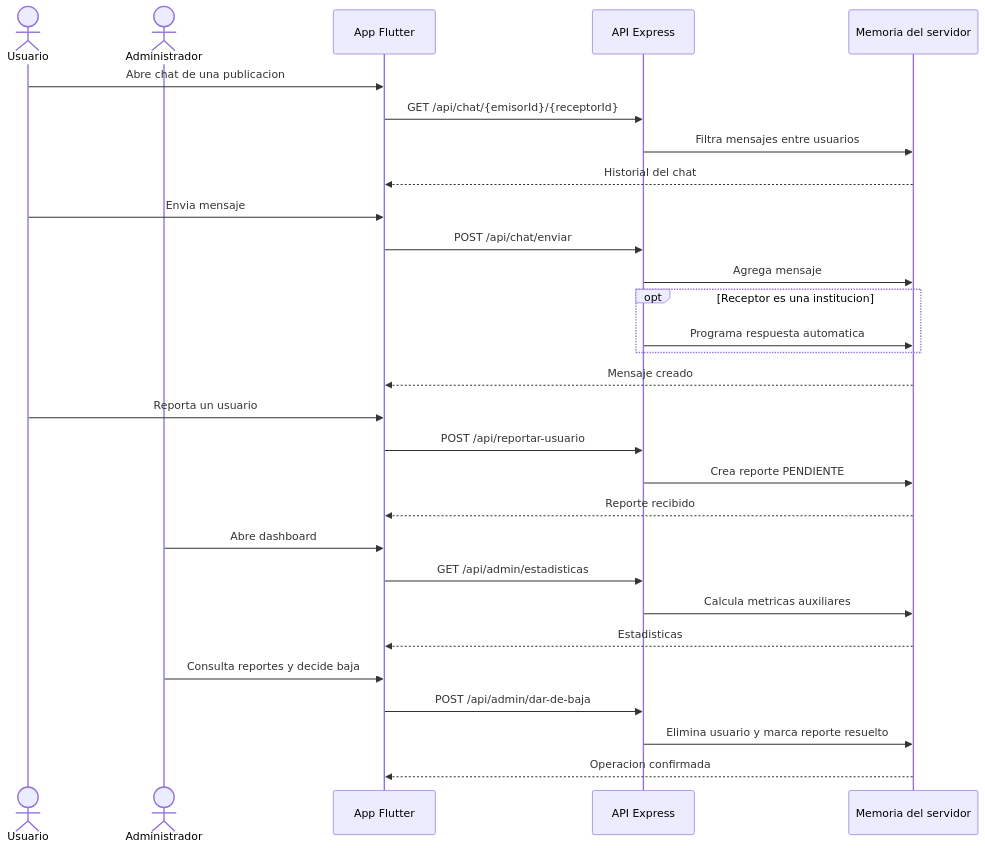
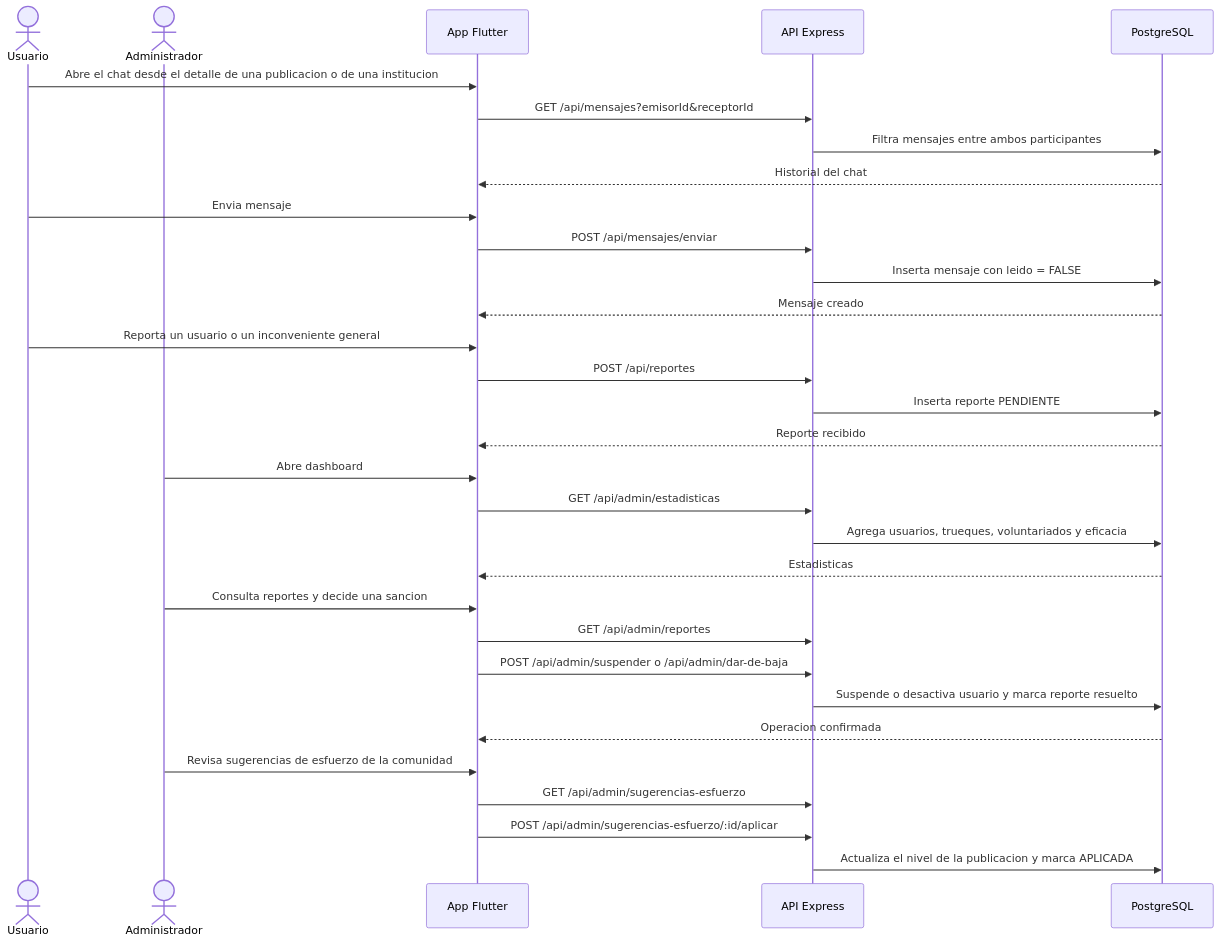
One commit to GVal24/switch changed the ninth of 11 diagrams in diagramas_mermaid_srs.md. Above: the diagram before and after it, drawn with Mermaid. The commit also changed other lines of this file and 15 other files, not shown here.

````diff
--- a/diagramas_mermaid_srs.md
+++ b/diagramas_mermaid_srs.md
@@ -299,35 +403,38 @@
 ```mermaid
 sequenceDiagram
     actor U as Usuario
     actor AD as Administrador
     participant F as App Flutter
     participant A as API Express
-    participant M as Memoria del servidor
+    participant DB as PostgreSQL
 
-    U->>F: Abre chat de una publicacion
-    F->>A: GET /api/chat/{emisorId}/{receptorId}
-    A->>M: Filtra mensajes entre usuarios
-    M-->>F: Historial del chat
+    U->>F: Abre el chat desde el detalle de una publicacion o de una institucion
+    F->>A: GET /api/mensajes?emisorId&receptorId
+    A->>DB: Filtra mensajes entre ambos participantes
+    DB-->>F: Historial del chat
 
     U->>F: Envia mensaje
-    F->>A: POST /api/chat/enviar
-    A->>M: Agrega mensaje
-    opt Receptor es una institucion
-        A->>M: Programa respuesta automatica
-    end
-    M-->>F: Mensaje creado
+    F->>A: POST /api/mensajes/enviar
+    A->>DB: Inserta mensaje con leido = FALSE
+    DB-->>F: Mensaje creado
 
-    U->>F: Reporta un usuario
-    F->>A: POST /api/reportar-usuario
-    A->>M: Crea reporte PENDIENTE
-    M-->>F: Reporte recibido
+    U->>F: Reporta un usuario o un inconveniente general
+    F->>A: POST /api/reportes
+    A->>DB: Inserta reporte PENDIENTE
+    DB-->>F: Reporte recibido
 
     AD->>F: Abre dashboard
     F->>A: GET /api/admin/estadisticas
-    A->>M: Calcula metricas auxiliares
-    M-->>F: Estadisticas
-    AD->>F: Consulta reportes y decide baja
-    F->>A: POST /api/admin/dar-de-baja
-    A->>M: Elimina usuario y marca reporte resuelto
-    M-->>F: Operacion confirmada
+    A->>DB: Agrega usuarios, trueques, voluntariados y eficacia
+    DB-->>F: Estadisticas
+    AD->>F: Consulta reportes y decide una sancion
+    F->>A: GET /api/admin/reportes
+    F->>A: POST /api/admin/suspender o /api/admin/dar-de-baja
+    A->>DB: Suspende o desactiva usuario y marca reporte resuelto
+    DB-->>F: Operacion confirmada
+
+    AD->>F: Revisa sugerencias de esfuerzo de la comunidad
+    F->>A: GET /api/admin/sugerencias-esfuerzo
+    F->>A: POST /api/admin/sugerencias-esfuerzo/:id/aplicar
+    A->>DB: Actualiza el nivel de la publicacion y marca APLICADA
 ```
````
